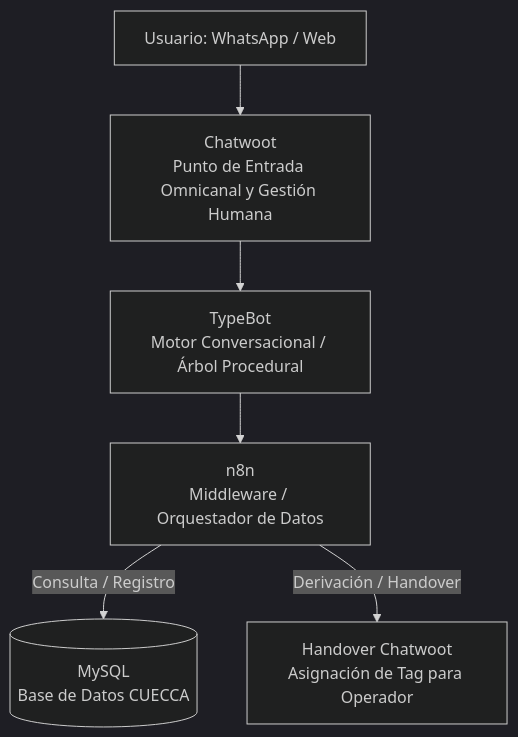
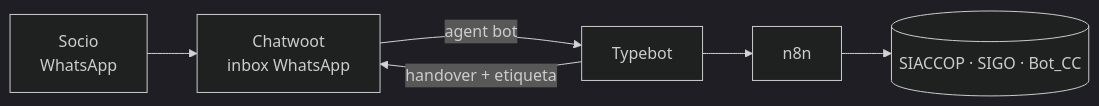
Before and after one commit to reilon12/Documentacion_Tecnica_Bot_CC: the second of 2 diagrams in docs/04_arquitectura_e_integraciones.md, drawn with Mermaid (dark theme). The commit also changed other lines of this file and 29 other files, not shown here.

````diff
--- a/docs/04_arquitectura_e_integraciones.md
+++ b/docs/04_arquitectura_e_integraciones.md
@@ -11,9 +38,8 @@
 ```mermaid
-graph TD
-    U[Usuario: WhatsApp / Web] --> C[Chatwoot<br>Punto de Entrada Omnicanal y Gestión Humana]
-    C --> T[TypeBot<br>Motor Conversacional / Árbol Procedural]
-    T --> N[n8n<br>Middleware / Orquestador de Datos]
-
-    N -->|Consulta / Registro| M[(MySQL<br>Base de Datos CUECCA)]
-    N -->|Derivación / Handover| H[Handover Chatwoot<br>Asignación de Tag para Operador]
+flowchart LR
+    U[Socio<br/>WhatsApp] --> C[Chatwoot<br/>inbox WhatsApp]
+    C -->|agent bot| T[Typebot]
+    T --> N[n8n]
+    N --> DB[(SIACCOP · SIGO · Bot_CC)]
+    T -->|handover + etiqueta| C
 ```
````
